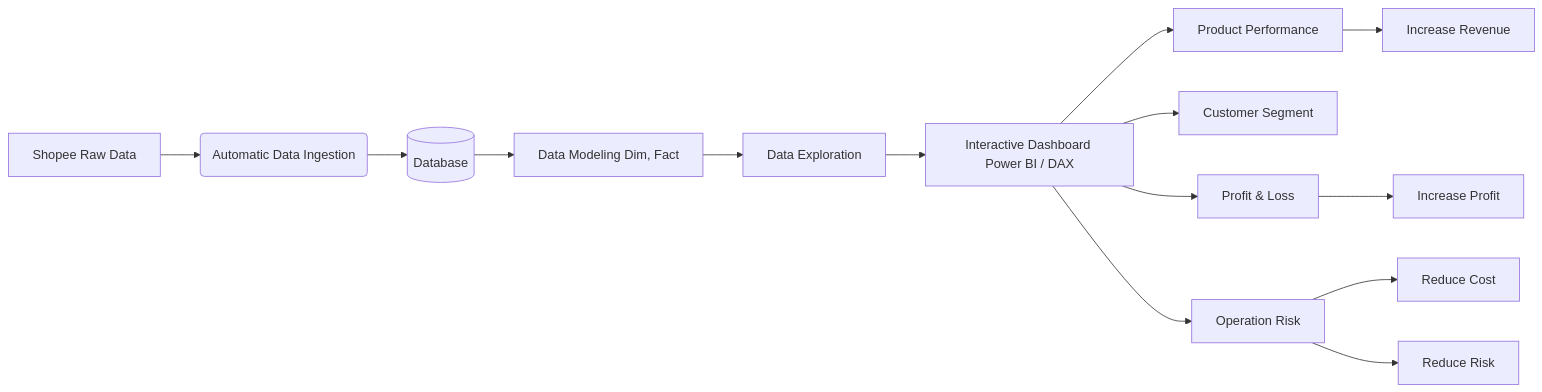
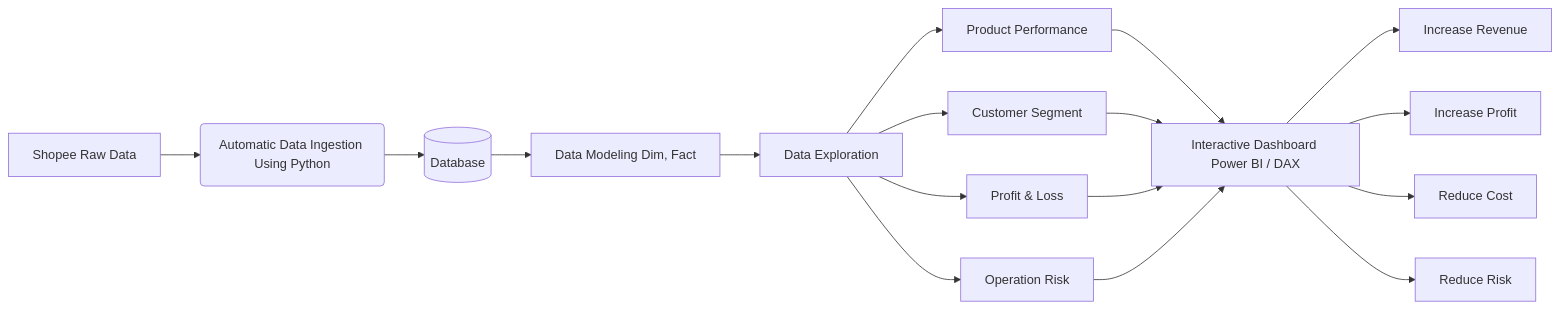
Before and after one commit to nle20904-lng/dooniewatch: the first of 2 diagrams in README.md, drawn with Mermaid. The commit also changed other lines of this file, not shown here.

````diff
--- a/README.md
+++ b/README.md
@@ -11,18 +13,22 @@
 ```mermaid
 graph LR
-    A[Shopee Raw Data] --> B(Automatic Data Ingestion)
+    A[Shopee Raw Data] --> B(Automatic Data Ingestion Using Python)
     B --> C[(Database)]
     C --> D[Data Modeling Dim, Fact]
     D --> E[Data Exploration]
-    E --> F[Interactive Dashboard Power BI / DAX]
     
-    F --> F1[Product Performance]
-    F --> F2[Customer Segment]
-    F --> F3[Profit & Loss]
-    F --> F4[Operation Risk]
+    E --> E1[Product Performance]
+    E --> E2[Customer Segment]
+    E --> E3[Profit & Loss]
+    E --> E4[Operation Risk]
+
+    E1 --> F[Interactive Dashboard Power BI / DAX]
+    E2 --> F[Interactive Dashboard Power BI / DAX]
+    E3 --> F[Interactive Dashboard Power BI / DAX]
+    E4 --> F[Interactive Dashboard Power BI / DAX]
     
-    F1 --> G1[Increase Revenue]
-    F3 --> G2[Increase Profit]
-    F4 --> G3[Reduce Cost]
-    F4 --> G4[Reduce Risk]
+    F --> G1[Increase Revenue]
+    F --> G2[Increase Profit]
+    F --> G3[Reduce Cost]
+    F --> G4[Reduce Risk]
 ```
````
